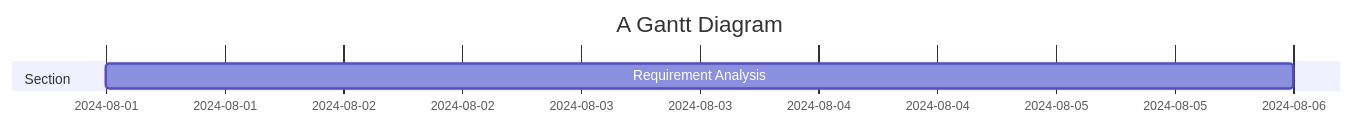
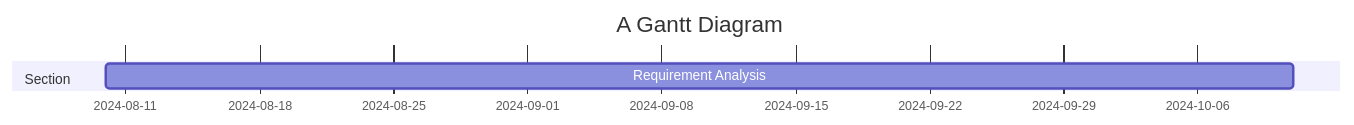
Before and after one commit to sayshelley/iodraw-files: the diagram in all/Code Gantt Chart.md, drawn with Mermaid.

Commit message:
2024-10-04 15:45:01 update

````diff
--- a/all/Code Gantt Chart.md
+++ b/all/Code Gantt Chart.md
@@ -1,11 +1,11 @@
 ```mermaid
 gantt
     title A Gantt Diagram
     dateFormat  YYYY-MM-DD
     section Section
-    Requirement Analysis        :a1, 2024-08-, 5d
+    Requirement Analysis        :a1, 2024-08-10, 62d
     
 
 
    
 ```
````
